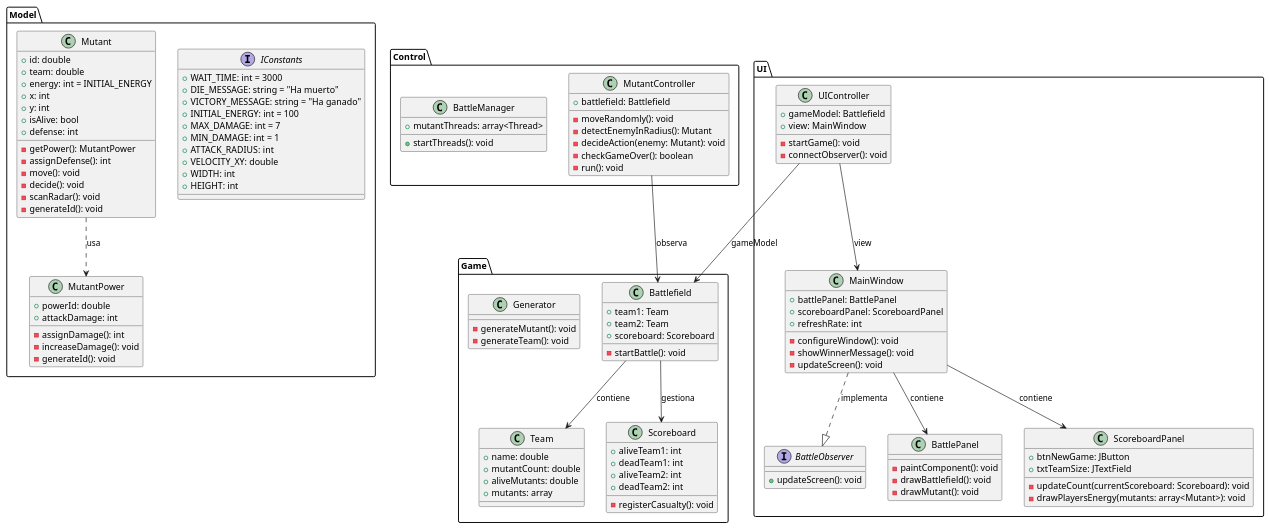
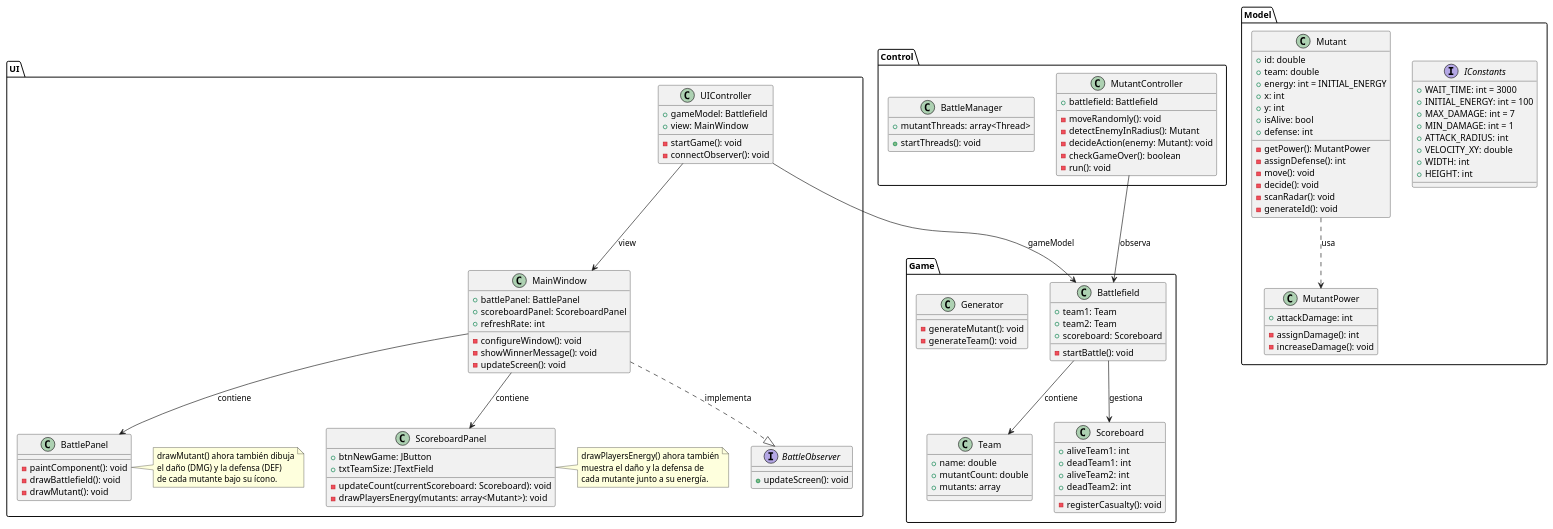
Before and after one commit to AndyQuirosSalazar/Mutant-Batle: the diagram in README.md, drawn with PlantUML. The commit also changed other lines of this file and 12 other files, not shown here.

```diff
--- a/README.md
+++ b/README.md
@@ -123,8 +118,6 @@
 package Model {
     interface IConstants {
         + WAIT_TIME: int = 3000
-        + DIE_MESSAGE: string = "Ha muerto"
-        + VICTORY_MESSAGE: string = "Ha ganado"
         + INITIAL_ENERGY: int = 100
         + MAX_DAMAGE: int = 7
         + MIN_DAMAGE: int = 1
@@ -151,11 +144,9 @@
     }
 
     class MutantPower {
-        + powerId: double
         + attackDamage: int
         - assignDamage(): int
         - increaseDamage(): void
-        - generateId(): void
     }
 }
 
@@ -170,7 +161,6 @@
     class Team {
         + name: double
         + mutantCount: double
-        + aliveMutants: double
         + mutants: array
     }
 
@@ -237,6 +227,18 @@
         - startGame(): void
         - connectObserver(): void
     }
+
+    note right of BattlePanel
+        drawMutant() ahora también dibuja
+        el daño (DMG) y la defensa (DEF)
+        de cada mutante bajo su ícono.
+    end note
+
+    note right of ScoreboardPanel
+        drawPlayersEnergy() ahora también
+        muestra el daño y la defensa de
+        cada mutante junto a su energía.
+    end note
 }
 
 ' Relaciones estructurales basadas en los atributos
```
